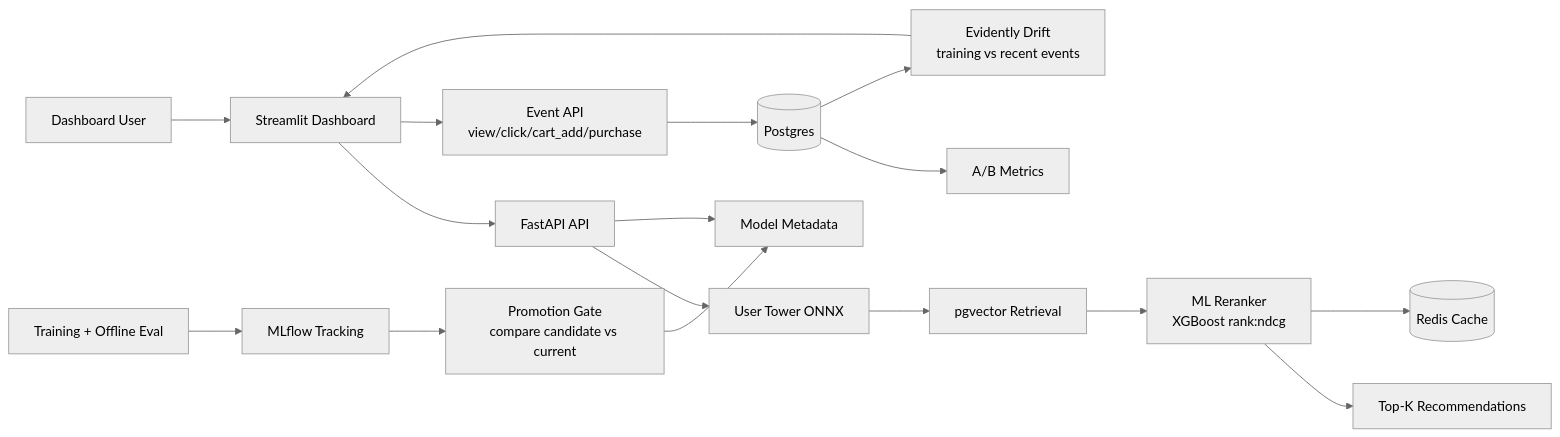
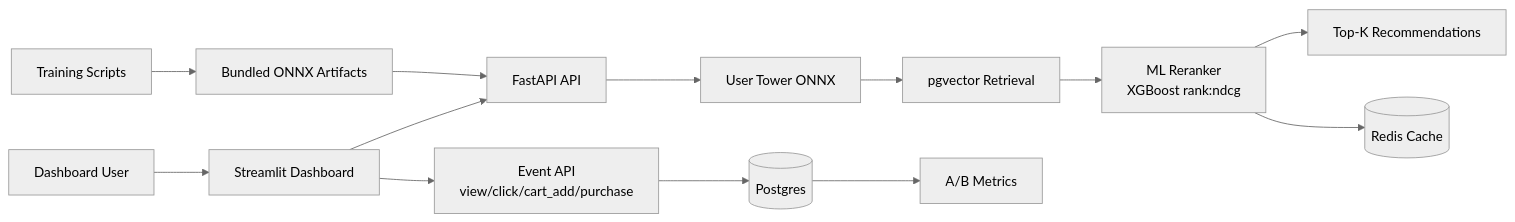
One commit to adwaiths05/retail-optimisation-engine changed the diagram in README.md. Above: the diagram before and after it, drawn with Mermaid (neutral theme). The commit also changed other lines of this file, not shown here.

````diff
--- a/README.md
+++ b/README.md
@@ -35,24 +35,20 @@
 ```mermaid
 flowchart LR
 		U[Dashboard User] --> UI[Streamlit Dashboard]
 		UI --> API[FastAPI API]
 
 		API --> EMB[User Tower ONNX]
 		EMB --> RET[pgvector Retrieval]
 		RET --> RR[ML Reranker\nXGBoost rank:ndcg]
 		RR --> RES[Top-K Recommendations]
 
 		UI --> EVT[Event API\nview/click/cart_add/purchase]
 		EVT --> DB[(Postgres)]
 
 		RR --> REDIS[(Redis Cache)]
-		API --> META[Model Metadata]
 
 		DB --> AB[A/B Metrics]
-		DB --> DRIFT[Evidently Drift\ntraining vs recent events]
-		DRIFT --> UI
 
-		TRAIN[Training + Offline Eval] --> MLF[MLflow Tracking]
-		MLF --> GATE[Promotion Gate\ncompare candidate vs current]
-		GATE --> META
+		TRAIN[Training Scripts] --> MODELS[Bundled ONNX Artifacts]
+		MODELS --> API
 ```
````
